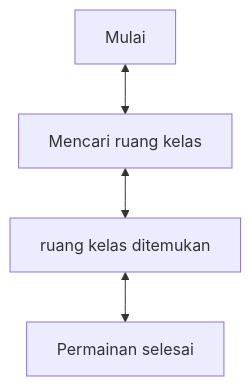
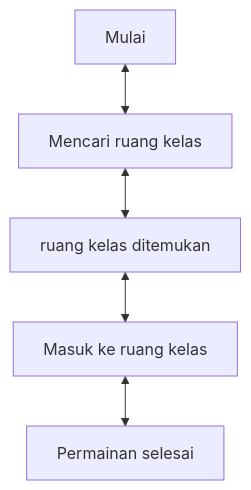
Before and after one commit to BaidhowiAlHuseiniHakiki/BaidhowiAlHuseiniHakiki: the diagram in UTS1_PDP.md, drawn with Mermaid. The commit also changed other lines of this file, not shown here.

````diff
--- a/UTS1_PDP.md
+++ b/UTS1_PDP.md
@@ -30,6 +30,7 @@
 ```mermaid
 flowchart TD
     A[Mulai] <-->B[Mencari ruang kelas]
     B <--> C[ruang kelas ditemukan]
-    C <--> D[Permainan selesai]
+    C <--> D[Masuk ke ruang kelas]
+    D <--> E[Permainan selesai]
 ```
````
